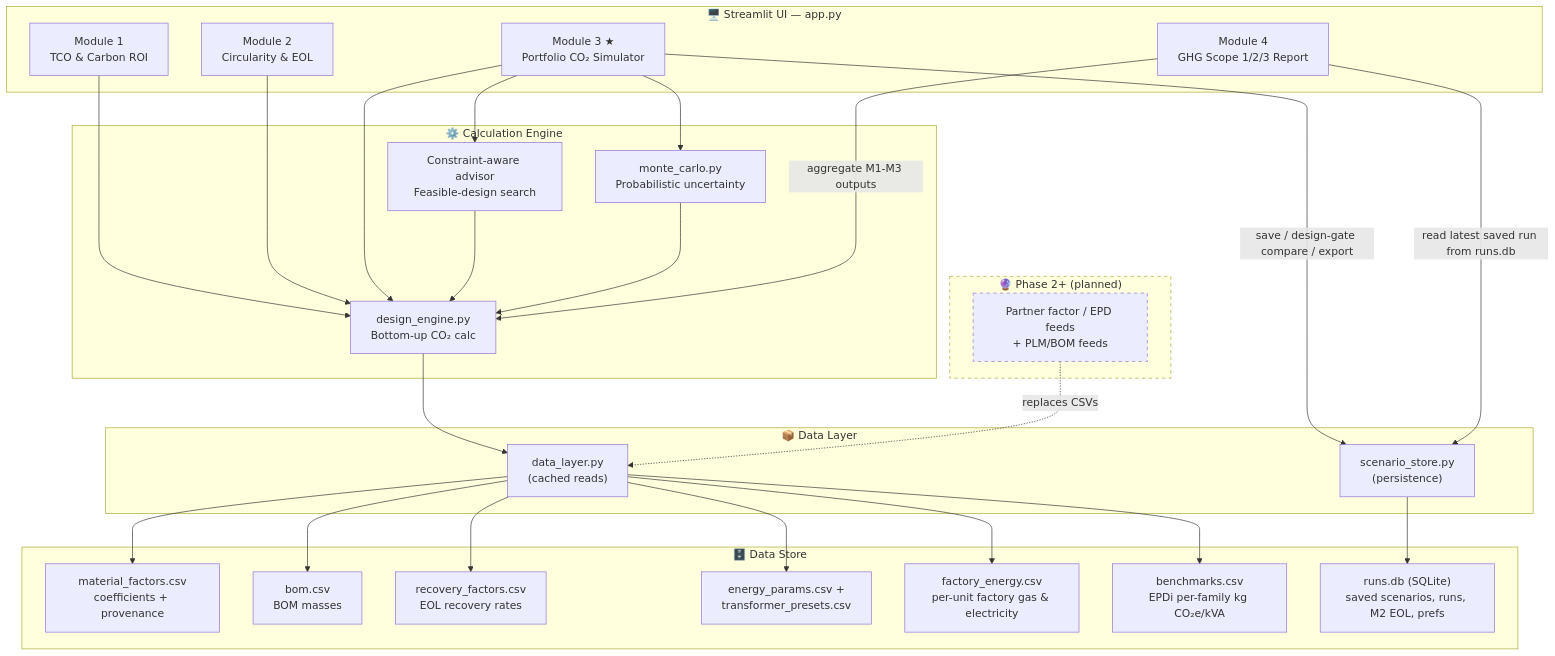
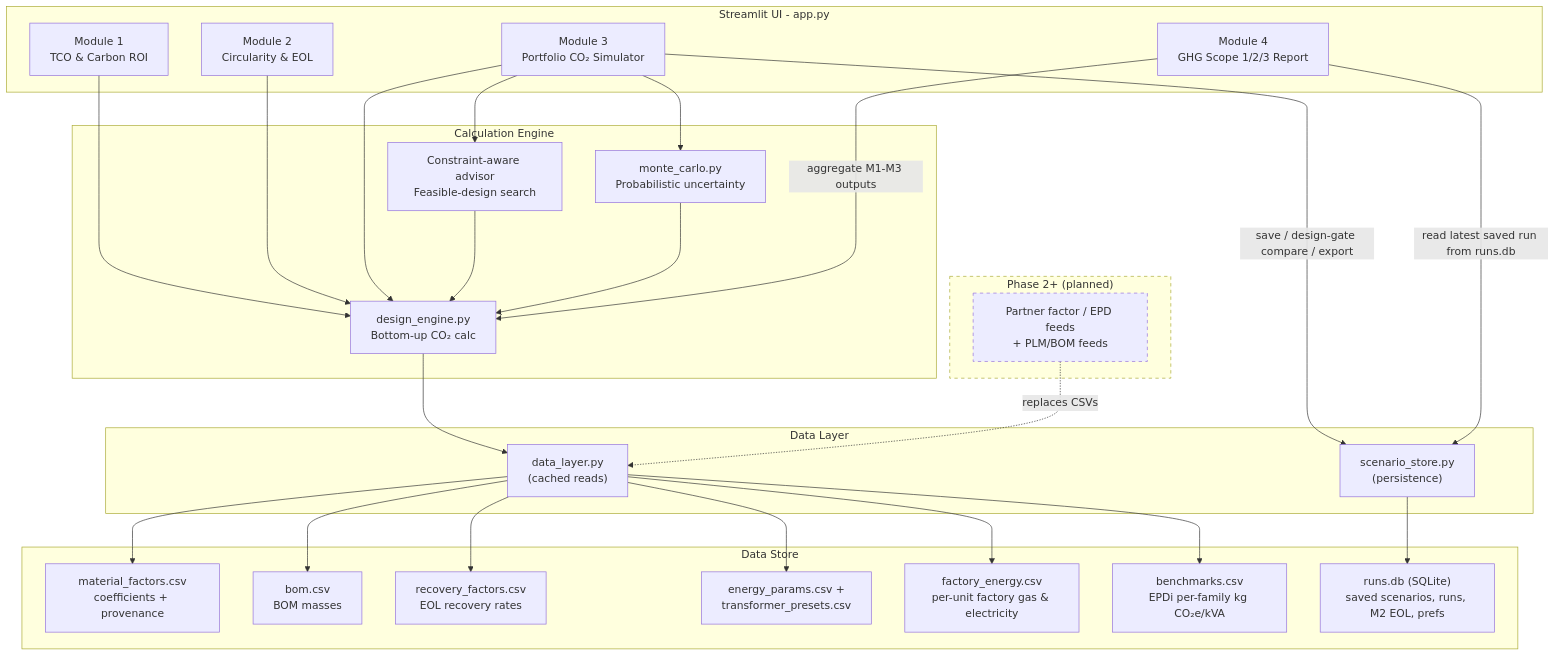
Before and after one commit to lugasraka/CO2-calculator-prototype-transformer: the first of 2 diagrams in README.md, drawn with Mermaid. The commit also changed other lines of this file and 1 other file, not shown here.

Commit message:
feat: update README and ROADMAP for clarity and consistency in product description

````diff
--- a/README.md
+++ b/README.md
@@ -43,57 +42,57 @@
 ```mermaid
 flowchart TD
-    subgraph UI["🖥️ Streamlit UI — app.py"]
+    subgraph UI["Streamlit UI - app.py"]
         M1["Module 1<br/>TCO & Carbon ROI"]
         M2["Module 2<br/>Circularity & EOL"]
-        M3["Module 3 ★<br/>Portfolio CO₂ Simulator"]
+        M3["Module 3<br/>Portfolio CO₂ Simulator"]
         M4["Module 4<br/>GHG Scope 1/2/3 Report"]
     end
 
-    subgraph LOGIC["⚙️ Calculation Engine"]
+    subgraph LOGIC["Calculation Engine"]
         CALC["design_engine.py<br/>Bottom-up CO₂ calc"]
         ADVISOR["Constraint-aware advisor<br/>Feasible-design search"]
         MC["monte_carlo.py<br/>Probabilistic uncertainty"]
     end
 
-    subgraph DATA["📦 Data Layer"]
+    subgraph DATA["Data Layer"]
         DL["data_layer.py<br/>(cached reads)"]
         SS["scenario_store.py<br/>(persistence)"]
     end
 
-    subgraph STORE["🗄️ Data Store"]
+    subgraph STORE["Data Store"]
         MF["material_factors.csv<br/>coefficients + provenance"]
         BOM["bom.csv<br/>BOM masses"]
         RF["recovery_factors.csv<br/>EOL recovery rates"]
         EP["energy_params.csv +<br/>transformer_presets.csv"]
         FE["factory_energy.csv<br/>per-unit factory gas & electricity"]
         BM["benchmarks.csv<br/>EPDi per-family kg CO₂e/kVA"]
         DB["runs.db (SQLite)<br/>saved scenarios, runs, M2 EOL, prefs"]
     end
 
-    subgraph FUTURE["🔮 Phase 2+ (planned)"]
+    subgraph FUTURE["Phase 2+ (planned)"]
         FEED["Partner factor / EPD feeds<br/>+ PLM/BOM feeds"]
     end
 
     M1 --> CALC
     M2 --> CALC
     M3 --> CALC
     M3 --> ADVISOR
     M3 --> MC
     ADVISOR --> CALC
     MC --> CALC
     M4 -->|aggregate M1-M3 outputs| CALC
     CALC --> DL
     M3 -->|save / design-gate compare / export| SS
     M4 -->|read latest saved run from runs.db| SS
     DL --> MF
     DL --> BOM
     DL --> RF
     DL --> EP
     DL --> FE
     DL --> BM
     SS --> DB
     FEED -.replaces CSVs.-> DL
 
     classDef future stroke-dasharray: 5 5;
     class FUTURE,FEED future;
 ```
````
